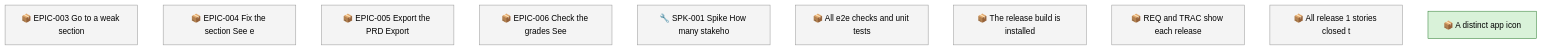
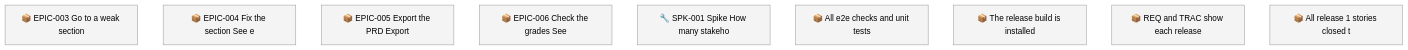
One commit to SpillwaveSolutions/prd-forge-viewer changed the first of 2 diagrams in docs/roadmap.md. Above: the diagram before and after it, drawn with Mermaid (neutral theme). The commit also changed other lines of this file and 24 other files, not shown here.

First line of the commit message:
feat: a distinct app icon

````diff
--- a/docs/roadmap.md
+++ b/docs/roadmap.md
@@ -68,17 +64,14 @@
 ```mermaid
 graph TD
     01M61XNJQPA0F7H1BG56ERNJ3P["📦 EPIC-003 Go to a weak section"]
     01M61XNK50616FWM0WZ4FGWGEB["📦 EPIC-004 Fix the section See e"]
     01M61XNK9MPMV0RAEKPX0JC3K4["📦 EPIC-005 Export the PRD Export"]
     01M61XNM7GHPSJ1B96BCHA59ZE["📦 EPIC-006 Check the grades See"]
     01M61XNM9NY7F4D4V7400J56X9["🔧 SPK-001 Spike How many stakeho"]
     01M62C7REGCD2R415FMWFCZMV8["📦 All e2e checks and unit tests"]
     01M62C7REGCD2R415FMWFCZMVA["📦 The release build is installed"]
     01M62C7REHN9N2P8Z19K0EPA0F["📦 REQ and TRAC show each release"]
     01M62C7REHN9N2P8Z19K0EPA0H["📦 All release 1 stories closed t"]
-    01M675AB5R3SDH4FRSB6N4S116["📦 A distinct app icon"]
     classDef todo fill:#f4f4f4,stroke:#999999
     class 01M61XNJQPA0F7H1BG56ERNJ3P,01M61XNK50616FWM0WZ4FGWGEB,01M61XNK9MPMV0RAEKPX0JC3K4,01M61XNM7GHPSJ1B96BCHA59ZE,01M61XNM9NY7F4D4V7400J56X9,01M62C7REGCD2R415FMWFCZMV8,01M62C7REGCD2R415FMWFCZMVA,01M62C7REHN9N2P8Z19K0EPA0F,01M62C7REHN9N2P8Z19K0EPA0H todo
-    classDef in_progress fill:#d9f2d9,stroke:#2e7d32
-    class 01M675AB5R3SDH4FRSB6N4S116 in_progress
 ```
````
